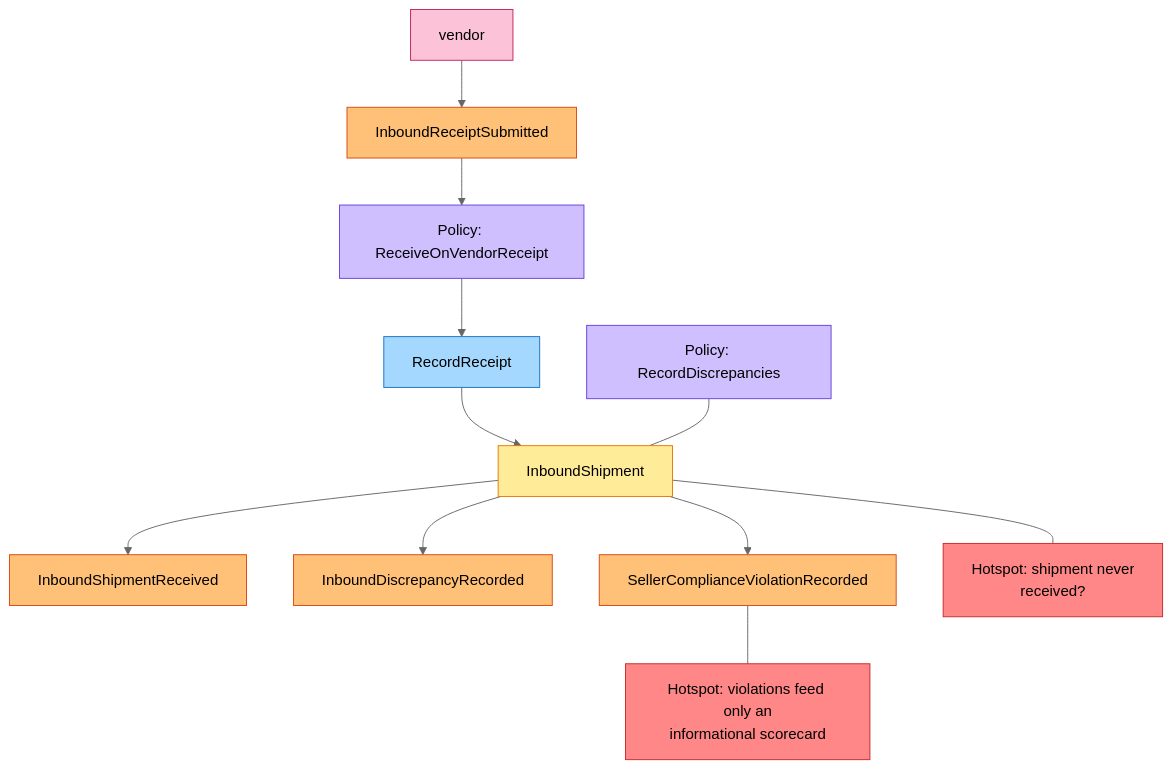
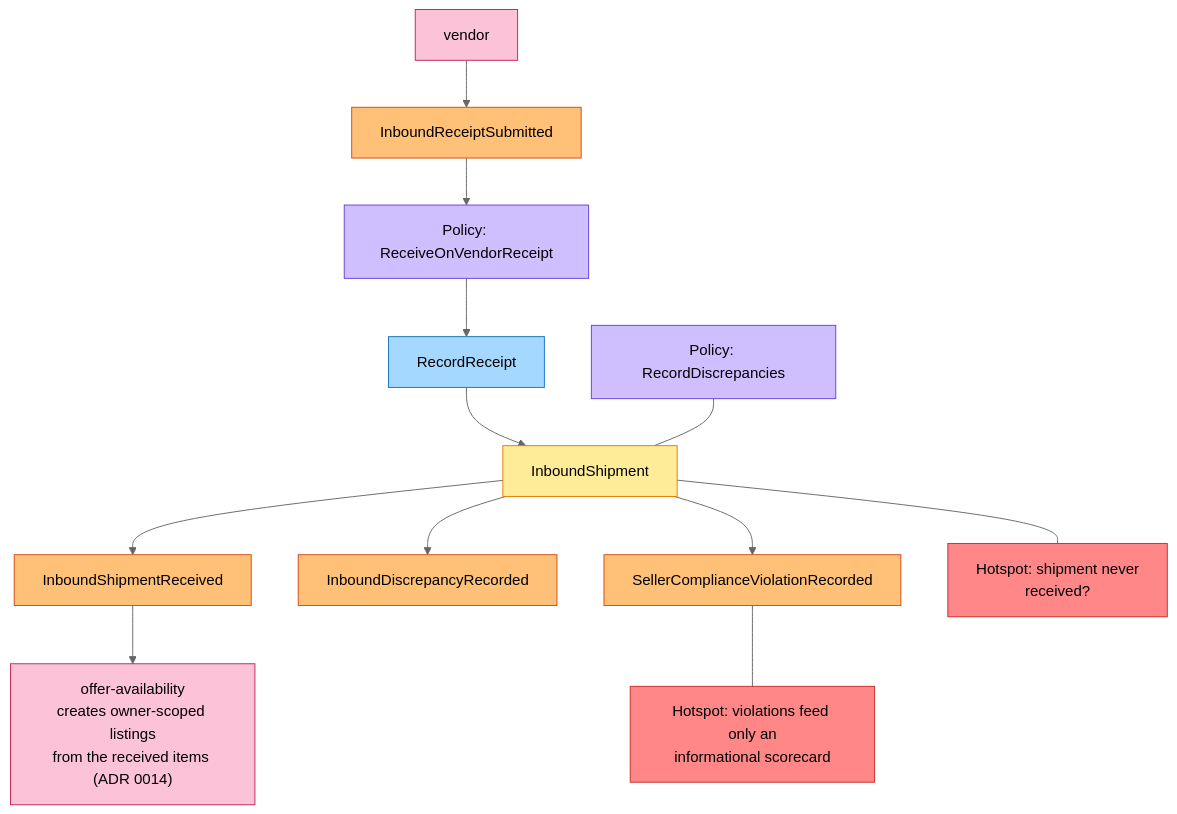
The third of 3 diagrams in docs/docs/ddd/eventstorming.md (IQVO/seller-inbound), drawn with Mermaid (neutral theme) before and after one commit. The commit also changed other lines of this file and 1 other file, not shown here.

Commit message:
docs(seller-inbound): close the G51 hotspot (InboundShipmentReceived carries received per item, ADR 0014)

````diff
--- a/docs/docs/ddd/eventstorming.md
+++ b/docs/docs/ddd/eventstorming.md
@@ -83,27 +81,29 @@
 ```mermaid
 flowchart TB
     V["vendor"]:::external
     E1["InboundReceiptSubmitted"]:::event
     P1["Policy: ReceiveOnVendorReceipt"]:::policy
     C1["RecordReceipt"]:::command
     G1["InboundShipment"]:::aggregate
     P2["Policy: RecordDiscrepancies"]:::policy
     E2["InboundShipmentReceived"]:::event
     E3["InboundDiscrepancyRecorded"]:::event
     E4["SellerComplianceViolationRecorded"]:::event
     H1["Hotspot: shipment never<br/>received?"]:::hotspot
     H2["Hotspot: violations feed only an<br/>informational scorecard"]:::hotspot
+    X1["offer-availability<br/>creates owner-scoped listings<br/>from the received items (ADR 0014)"]:::external
     V --> E1 --> P1 --> C1 --> G1
     P2 --- G1
     G1 --> E2
+    E2 --> X1
     G1 --> E3
     G1 --> E4
     G1 --- H1
     E4 --- H2
     classDef command fill:#a5d8ff,stroke:#1971c2,color:#000
     classDef aggregate fill:#ffec99,stroke:#e67700,color:#000
     classDef event fill:#ffc078,stroke:#d9480f,color:#000
     classDef policy fill:#d0bfff,stroke:#6741d9,color:#000
     classDef external fill:#fcc2d7,stroke:#c2255c,color:#000
     classDef hotspot fill:#ff8787,stroke:#c92a2a,color:#000
 ```
````
